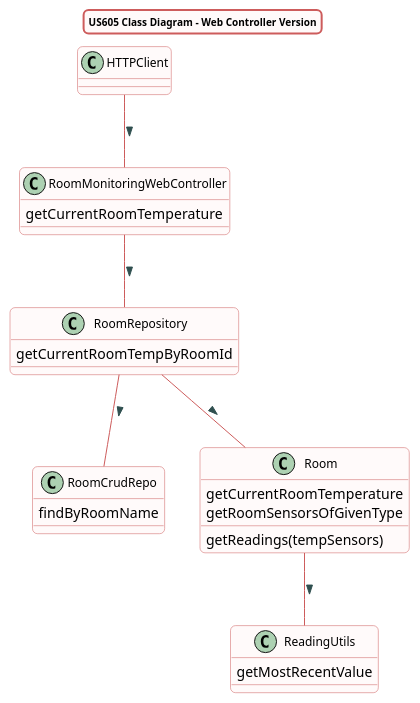
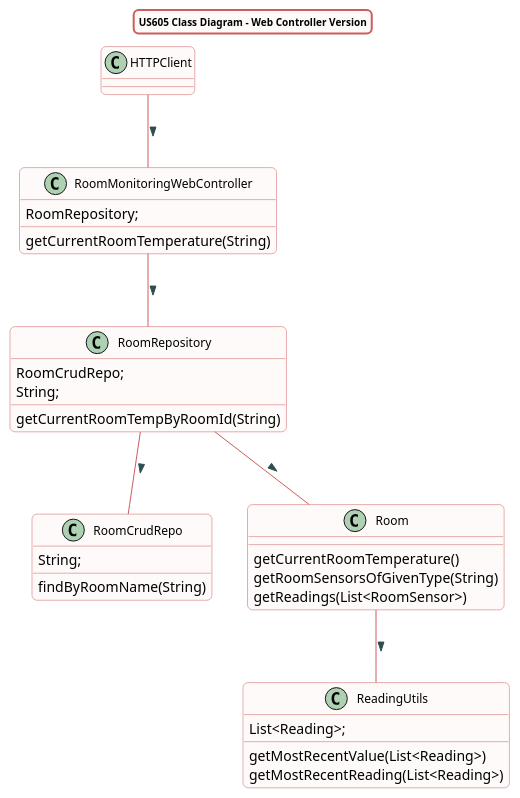
One commit to Almadanmp/project changed the diagram in src/doc/WEB_Controllers/RoomMonitoring/US605/US605_cd_RoomMonitoring.puml. Above: the diagram before and after it, drawn with PlantUML.

Commit message:
REF #479 us605 ClassDiagram finished

```diff
--- a/src/doc/WEB_Controllers/RoomMonitoring/US605/US605_cd_RoomMonitoring.puml
+++ b/src/doc/WEB_Controllers/RoomMonitoring/US605/US605_cd_RoomMonitoring.puml
@@ -1,54 +1,60 @@
 @startuml
 title US605 Class Diagram - Web Controller Version
 
 skinparam titleBorderRoundCorner 10
 skinparam titleBorderThickness 2
 skinparam titleBorderColor indianred
 skinparam titleBackgroundColor Snow
 skinparam FontName quicksand
 skinparam titleFontSize 10
 skinparam roundcorner 10
 
 
 skinparam class {
  BorderColor indianred
  BackgroundColor indianred
  BackgroundColor Snow
   roundcorner 10
   ArrowFontName Verdana
   ArrowColor indianred
   ArrowFontColor darkslategrey
   FontSize 12
 }
 
 
 
 HTTPClient -- RoomMonitoringWebController : >
 RoomMonitoringWebController -- RoomRepository : >
 RoomRepository -- RoomCrudRepo : >
 RoomRepository -- Room : >
 Room -- ReadingUtils : >
 
-class RoomMonitoringWebController {
-getCurrentRoomTemperature
+class RoomMonitoringWebController{
+RoomRepository;
+getCurrentRoomTemperature(String)
 }
 
 class RoomRepository{
-getCurrentRoomTempByRoomId
+RoomCrudRepo;
+String;
+getCurrentRoomTempByRoomId(String)
 }
 
 class RoomCrudRepo{
-findByRoomName
+String;
+findByRoomName(String)
 }
 
 class Room{
-getCurrentRoomTemperature
-getRoomSensorsOfGivenType
-getReadings(tempSensors)
+getCurrentRoomTemperature()
+getRoomSensorsOfGivenType(String)
+getReadings(List<RoomSensor>)
 }
 
 class ReadingUtils{
-getMostRecentValue
+List<Reading>;
+getMostRecentValue(List<Reading>)
+getMostRecentReading(List<Reading>)
 }
 
 @enduml
```
